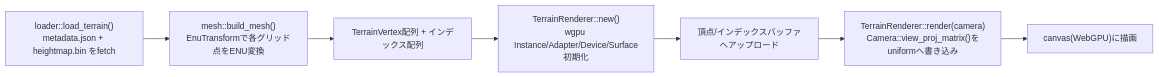
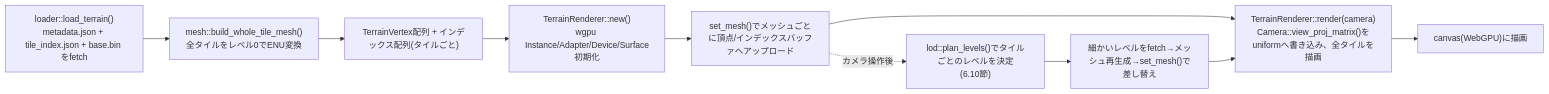
One commit to ham1a6/SimulationView changed diagram 12 of 16 in DETAILED_DESIGN.md. Above: the diagram before and after it, drawn with Mermaid. The commit also changed other lines of this file and 19 other files, not shown here.

````diff
--- a/DETAILED_DESIGN.md
+++ b/DETAILED_DESIGN.md
@@ -800,9 +834,12 @@
 ```mermaid
 flowchart LR
-    A["loader::load_terrain()<br/>metadata.json + heightmap.bin をfetch"] --> B["mesh::build_mesh()<br/>EnuTransformで各グリッド点をENU変換"]
-    B --> C["TerrainVertex配列 + インデックス配列"]
+    A["loader::load_terrain()<br/>metadata.json + tile_index.json + base.bin をfetch"] --> B["mesh::build_whole_tile_mesh()<br/>全タイルをレベル0でENU変換"]
+    B --> C["TerrainVertex配列 + インデックス配列(タイルごと)"]
     C --> D["TerrainRenderer::new()<br/>wgpu Instance/Adapter/Device/Surface初期化"]
-    D --> E["頂点/インデックスバッファへアップロード"]
-    E --> F["TerrainRenderer::render(camera)<br/>Camera::view_proj_matrix()をuniformへ書き込み"]
+    D --> E["set_mesh()でメッシュごとに頂点/インデックスバッファへアップロード"]
+    E --> F["TerrainRenderer::render(camera)<br/>Camera::view_proj_matrix()をuniformへ書き込み、全タイルを描画"]
     F --> G["canvas(WebGPU)に描画"]
+    E -.カメラ操作後.-> H["lod::plan_levels()でタイルごとのレベルを決定<br/>(6.10節)"]
+    H --> I["細かいレベルをfetch→メッシュ再生成→set_mesh()で差し替え"]
+    I --> F
 ```
````
